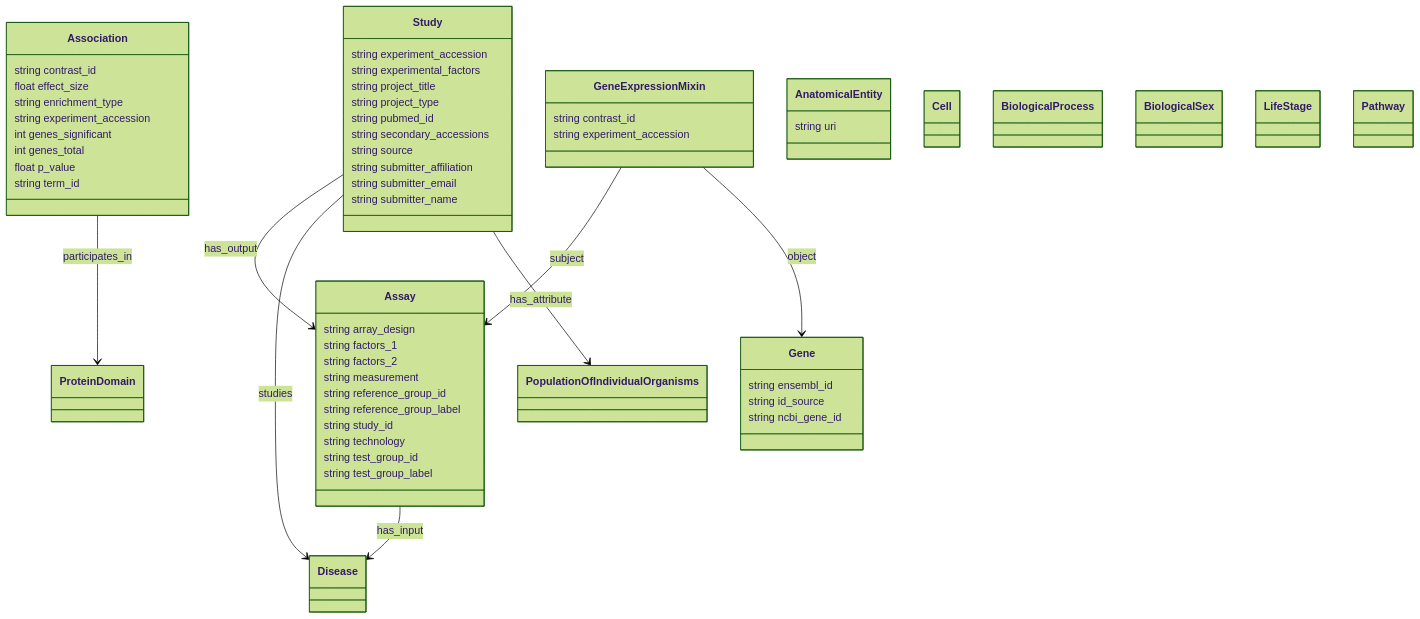
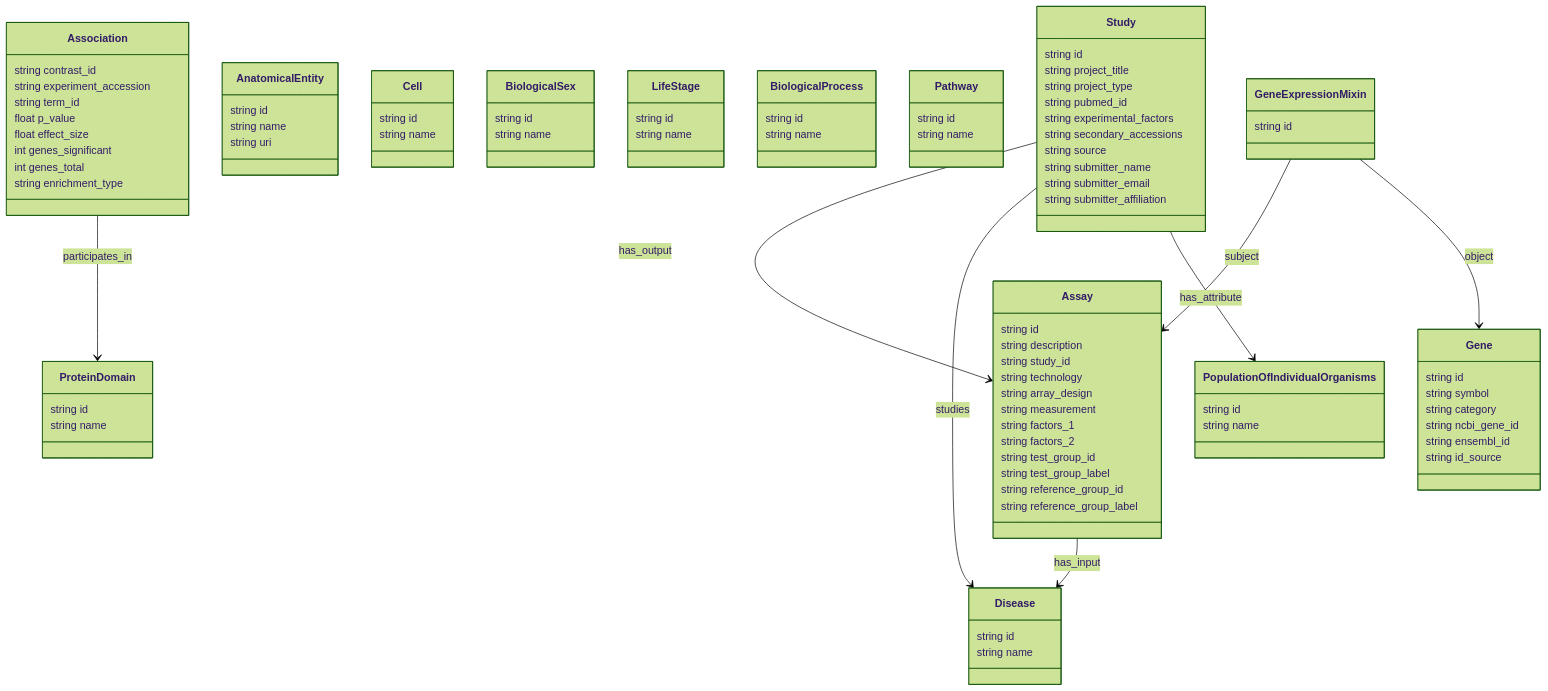
One commit to sbl-sdsc/mcp-proto-okn changed the diagram in docs/examples/gene-expression-atlas-okn_overview.md. Above: the diagram before and after it, drawn with Mermaid (forest theme). The commit also changed other lines of this file, not shown here.

Commit message:
updated schema

```diff
--- a/docs/examples/gene-expression-atlas-okn_overview.md
+++ b/docs/examples/gene-expression-atlas-okn_overview.md
@@ -75,72 +67,102 @@
 direction TB
 
 class Study {
-    string experiment_accession
-    string experimental_factors
+    string id
     string project_title
     string project_type
     string pubmed_id
+    string experimental_factors
     string secondary_accessions
     string source
+    string submitter_name
+    string submitter_email
     string submitter_affiliation
-    string submitter_email
-    string submitter_name
 }
 
 class Assay {
+    string id
+    string description
+    string study_id
+    string technology
     string array_design
+    string measurement
     string factors_1
     string factors_2
-    string measurement
+    string test_group_id
+    string test_group_label
     string reference_group_id
     string reference_group_label
-    string study_id
-    string technology
-    string test_group_id
-    string test_group_label
 }
 
 class Gene {
+    string id
+    string symbol
+    string category
+    string ncbi_gene_id
     string ensembl_id
     string id_source
-    string ncbi_gene_id
 }
 
-class GeneExpressionMixin {
-    string contrast_id
-    string experiment_accession
+class AnatomicalEntity {
+    string id
+    string name
+    string uri
+}
+
+class Cell {
+    string id
+    string name
+}
+
+class Disease {
+    string id
+    string name
+}
+
+class BiologicalSex {
+    string id
+    string name
+}
+
+class LifeStage {
+    string id
+    string name
+}
+
+class BiologicalProcess {
+    string id
+    string name
+}
+
+class Pathway {
+    string id
+    string name
+}
+
+class ProteinDomain {
+    string id
+    string name
+}
+
+class PopulationOfIndividualOrganisms {
+    string id
+    string name
 }
 
 class Association {
     string contrast_id
+    string experiment_accession
+    string term_id
+    float p_value
     float effect_size
-    string enrichment_type
-    string experiment_accession
     int genes_significant
     int genes_total
-    float p_value
-    string term_id
+    string enrichment_type
 }
 
-class AnatomicalEntity {
-    string uri
+class GeneExpressionMixin {
+    string id
 }
-
-class Cell
-
-class Disease
-
-class BiologicalProcess
-
-class BiologicalSex
-
-class LifeStage
-
-class Pathway
-
-class ProteinDomain
-
-class PopulationOfIndividualOrganisms
 
 Study --> Assay : has_output
 Study --> Disease : studies
```
